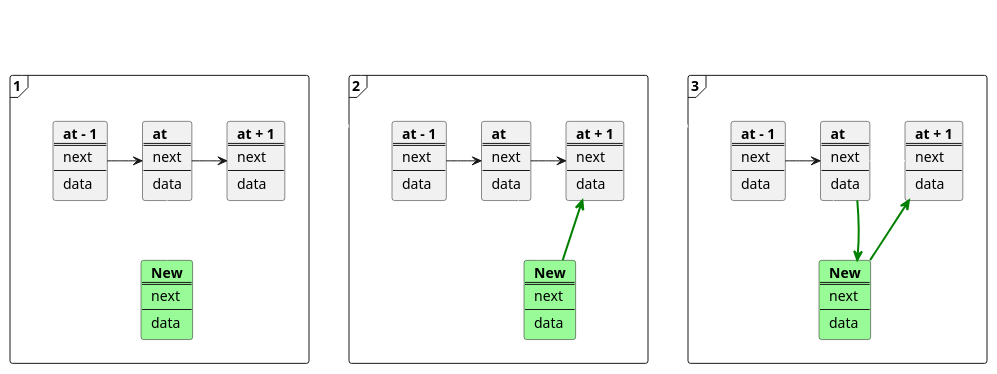
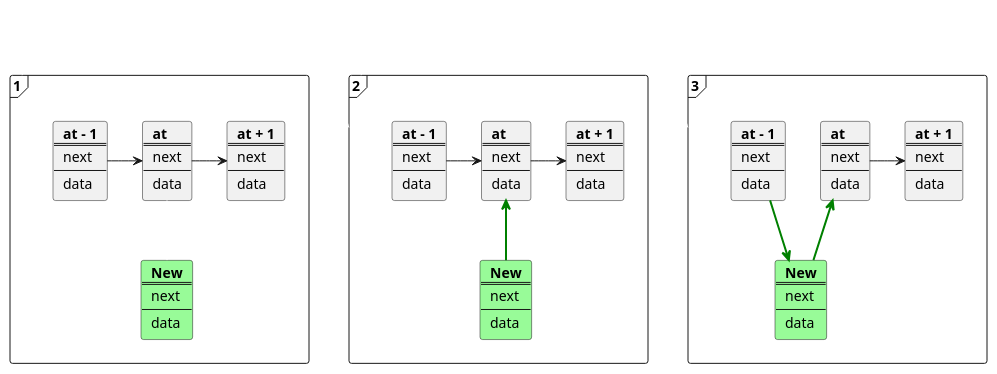
The second of 5 diagrams in _posts/2024-02-23-linked_list.md (r4v3n-k/r4v3n-k.github.io), drawn with PlantUML before and after one commit. The commit also changed other lines of this file and 24 other files, not shown here.

Commit message:
Update linked list post for plantuml, source code.

```diff
--- a/_posts/2024-02-23-linked_list.md
+++ b/_posts/2024-02-23-linked_list.md
@@ -240,7 +241,6 @@
     current1 -r-> next1
     current1 -d- new1 #line:white
 }
-
 frame "2" as second {
     card prev2 [
         <b>at - 1
@@ -272,10 +272,8 @@
     ]
     prev2 -r-> current2
     current2 -r-> next2
-    current2 -d- new2 #line:white
-    new2 -u-> next2 #line:green;line.bold
+    new2 -u-> current2 #line:green;line.bold
 }
-
 frame "3" as third {
     card prev3 [
         <b>at - 1
@@ -305,13 +303,10 @@
         ----
         data
     ]
-    prev3 -r-> current3
-    current3 -r-> next3 #line:white
-    current3 -d- new3 #line:white
-    new3 -u-> next3 #line:green;line.bold
-    current3 -d-> new3 #line:green;line.bold
+    current3 -r-> next3
+    prev3 -d-> new3 #line:green;line.bold
+    new3 -u-> current3 #line:green;line.bold
 }
-
 first -r- second #line:white
 second -r- third #line:white
 {% endplantuml %}
```
